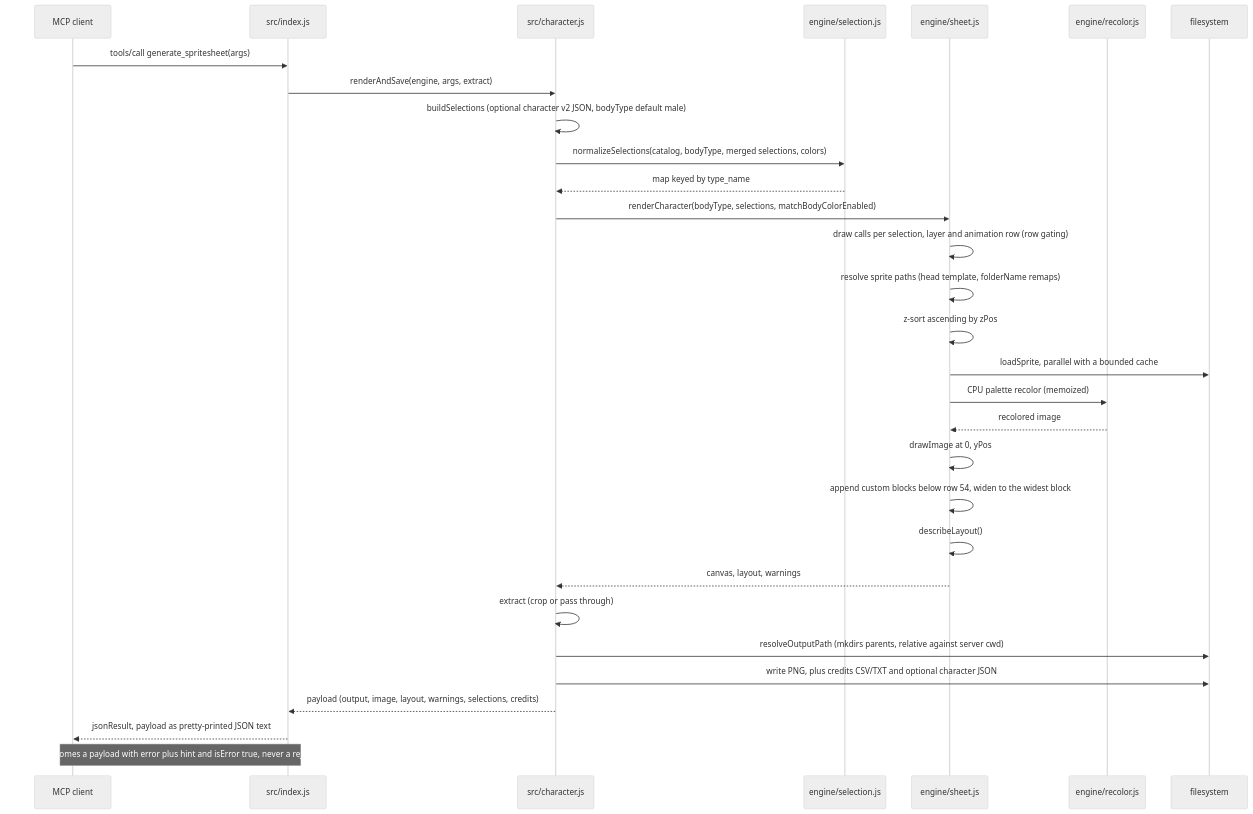
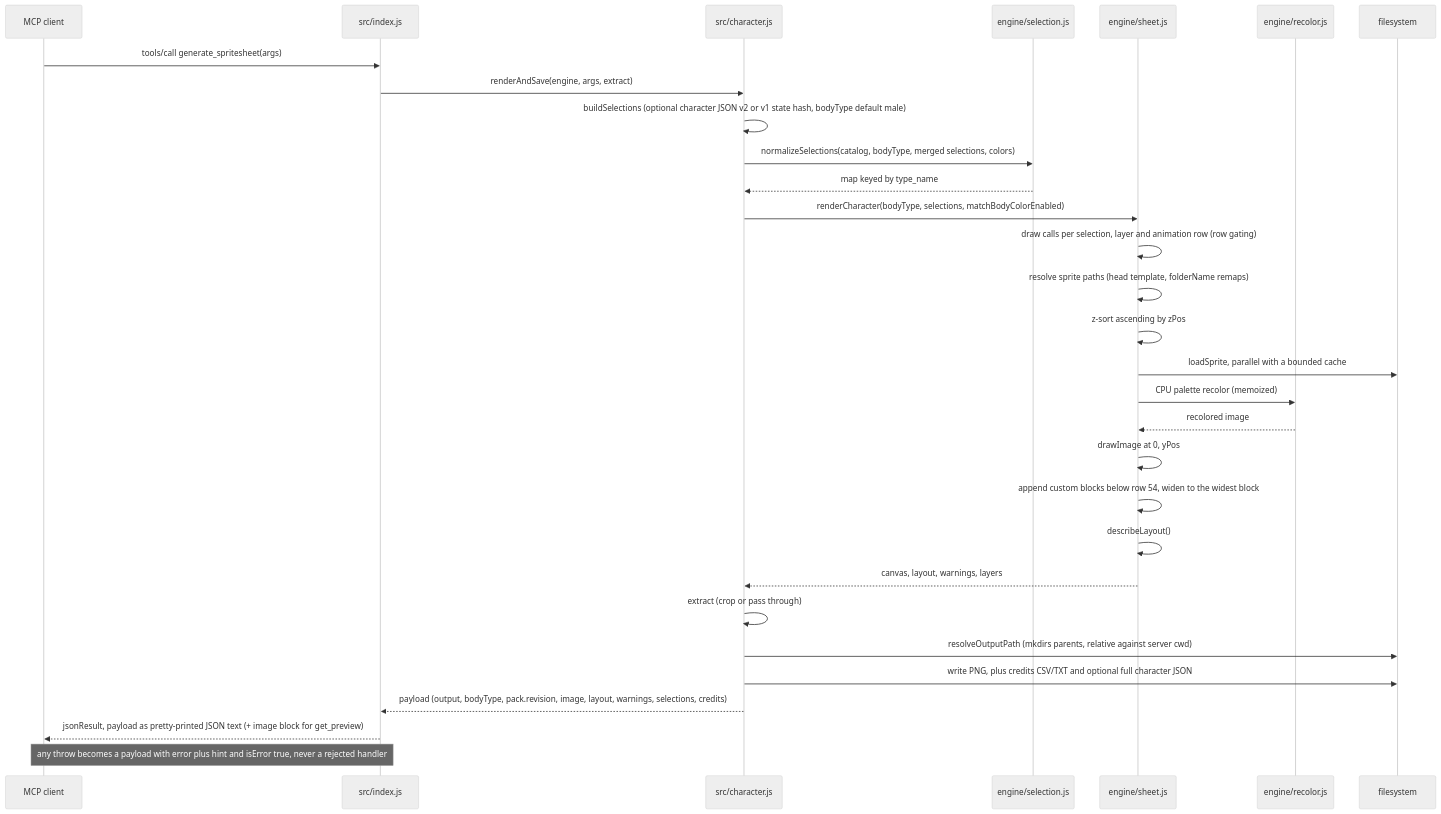
One commit to kanishka-namdeo/lpc-spritesheet-mcp changed the second of 3 diagrams in docs/ARCHITECTURE.md. Above: the diagram before and after it, drawn with Mermaid. The commit also changed other lines of this file and 13 other files, not shown here.

````diff
--- a/docs/ARCHITECTURE.md
+++ b/docs/ARCHITECTURE.md
@@ -130,37 +187,37 @@
 ```mermaid
 %%{init: {"theme": "neutral"}}%%
 sequenceDiagram
   accTitle: Sequence of one generate_spritesheet call
   accDescr: The MCP client's tool call enters the server, the shared pipeline normalizes selections, the engine composites the sheet on canvas, and the pipeline writes the PNG plus attribution files before the JSON payload returns to the client.
 
   participant C as MCP client
   participant I as src/index.js
   participant P as src/character.js
   participant S as engine/selection.js
   participant E as engine/sheet.js
   participant R as engine/recolor.js
   participant F as filesystem
 
   C->>I: tools/call generate_spritesheet(args)
   I->>P: renderAndSave(engine, args, extract)
-  P->>P: buildSelections (optional character v2 JSON, bodyType default male)
+  P->>P: buildSelections (optional character JSON v2 or v1 state hash, bodyType default male)
   P->>S: normalizeSelections(catalog, bodyType, merged selections, colors)
   S-->>P: map keyed by type_name
   P->>E: renderCharacter(bodyType, selections, matchBodyColorEnabled)
   E->>E: draw calls per selection, layer and animation row (row gating)
   E->>E: resolve sprite paths (head template, folderName remaps)
   E->>E: z-sort ascending by zPos
   E->>F: loadSprite, parallel with a bounded cache
   E->>R: CPU palette recolor (memoized)
   R-->>E: recolored image
   E->>E: drawImage at 0, yPos
   E->>E: append custom blocks below row 54, widen to the widest block
   E->>E: describeLayout()
-  E-->>P: canvas, layout, warnings
+  E-->>P: canvas, layout, warnings, layers
   P->>P: extract (crop or pass through)
   P->>F: resolveOutputPath (mkdirs parents, relative against server cwd)
-  P->>F: write PNG, plus credits CSV/TXT and optional character JSON
-  P-->>I: payload (output, image, layout, warnings, selections, credits)
-  I-->>C: jsonResult, payload as pretty-printed JSON text
+  P->>F: write PNG, plus credits CSV/TXT and optional full character JSON
+  P-->>I: payload (output, bodyType, pack.revision, image, layout, warnings, selections, credits)
+  I-->>C: jsonResult, payload as pretty-printed JSON text (+ image block for get_preview)
   Note over I,C: any throw becomes a payload with error plus hint and isError true, never a rejected handler
 ```
````
